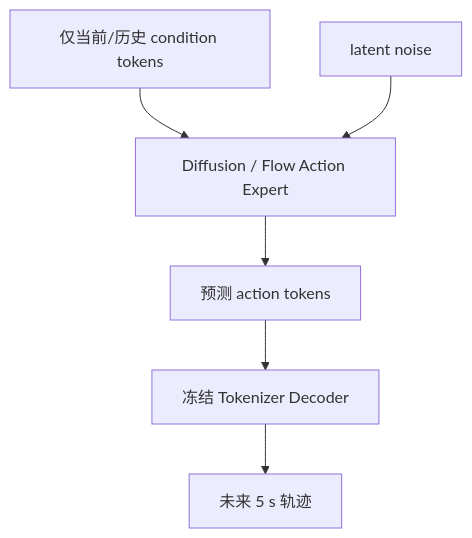
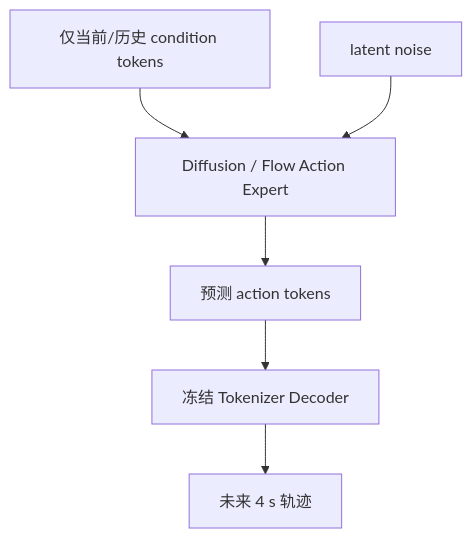
The second of 2 diagrams in docs/VISION_ACTION_TOKENIZER_CODE_PLAN.md (AlanLiangC/ITAE), drawn with Mermaid before and after one commit. The commit also changed other lines of this file and 43 other files, not shown here.

````diff
--- a/docs/VISION_ACTION_TOKENIZER_CODE_PLAN.md
+++ b/docs/VISION_ACTION_TOKENIZER_CODE_PLAN.md
@@ -91,8 +85,8 @@
 ```mermaid
 flowchart TD
     C["仅当前/历史 condition tokens"] --> EXP["Diffusion / Flow Action Expert"]
     N["latent noise"] --> EXP
     EXP --> ZH["预测 action tokens"]
     ZH --> DEC["冻结 Tokenizer Decoder"]
-    DEC --> TRAJ["未来 5 s 轨迹"]
+    DEC --> TRAJ["未来 4 s 轨迹"]
 ```
````
